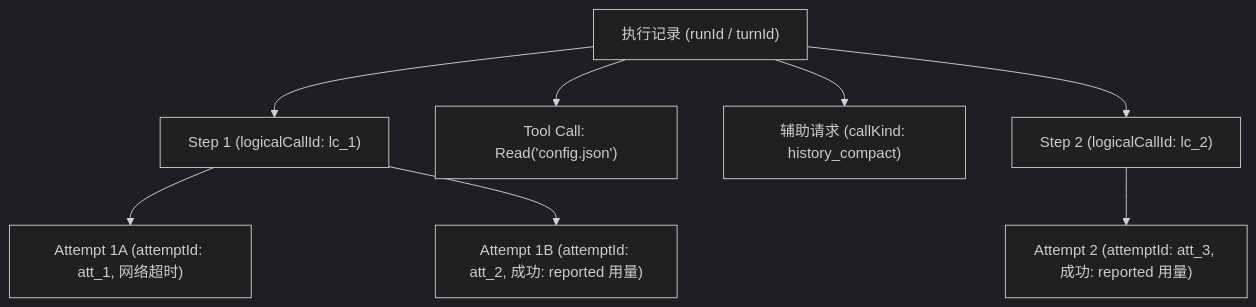
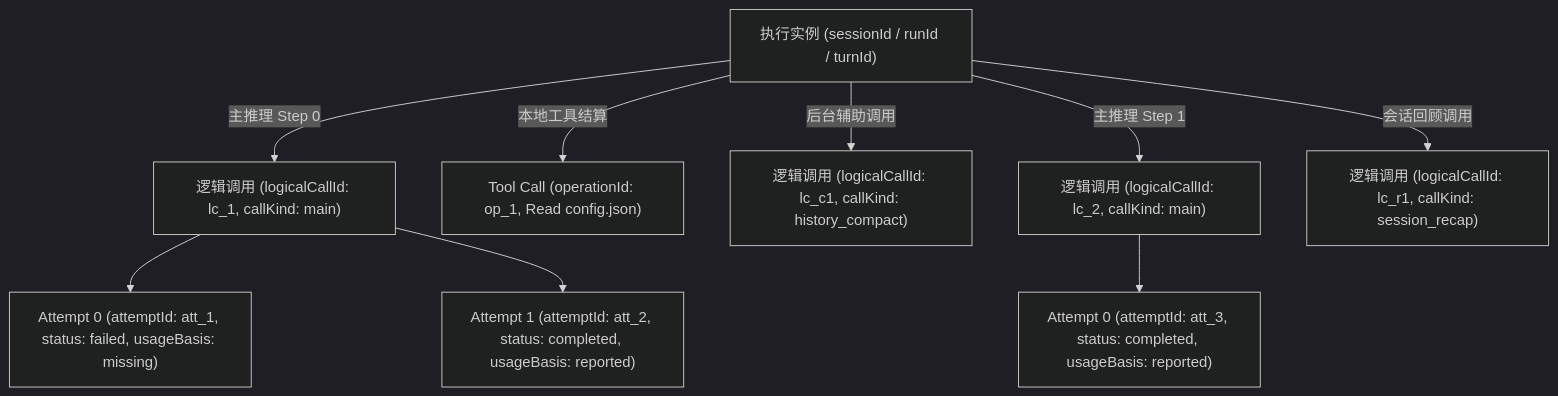
The first of 3 diagrams in maka-agent-infra/06-operations/observability.md (suger-m/agent-infrastructure-docs), drawn with Mermaid (dark theme) before and after one commit. The commit also changed other lines of this file and 31 other files, not shown here.

````diff
--- a/maka-agent-infra/06-operations/observability.md
+++ b/maka-agent-infra/06-operations/observability.md
@@ -18,11 +20,12 @@
 ```mermaid
 flowchart TD
-    Run["执行记录 (runId / turnId)"] --> Step1["Step 1 (logicalCallId: lc_1)"]
-    Run --> Tool1["Tool Call: Read('config.json')"]
-    Run --> Compact["辅助请求 (callKind: history_compact)"]
-    Run --> Step2["Step 2 (logicalCallId: lc_2)"]
-    
-    Step1 --> Att1A["Attempt 1A (attemptId: att_1, 网络超时)"]
-    Step1 --> Att1B["Attempt 1B (attemptId: att_2, 成功: reported 用量)"]
-    Step2 --> Att2["Attempt 2 (attemptId: att_3, 成功: reported 用量)"]
+    Run["执行实例 (sessionId / runId / turnId)"] -->|"主推理 Step 0"| LC1["逻辑调用 (logicalCallId: lc_1, callKind: main)"]
+    Run -->|"本地工具结算"| Tool1["Tool Call (operationId: op_1, Read config.json)"]
+    Run -->|"后台辅助调用"| Compact["逻辑调用 (logicalCallId: lc_c1, callKind: history_compact)"]
+    Run -->|"主推理 Step 1"| LC2["逻辑调用 (logicalCallId: lc_2, callKind: main)"]
+    Run -->|"会话回顾调用"| Recap["逻辑调用 (logicalCallId: lc_r1, callKind: session_recap)"]
+
+    LC1 --> Att1A["Attempt 0 (attemptId: att_1, status: failed, usageBasis: missing)"]
+    LC1 --> Att1B["Attempt 1 (attemptId: att_2, status: completed, usageBasis: reported)"]
+    LC2 --> Att2["Attempt 0 (attemptId: att_3, status: completed, usageBasis: reported)"]
 ```
````
